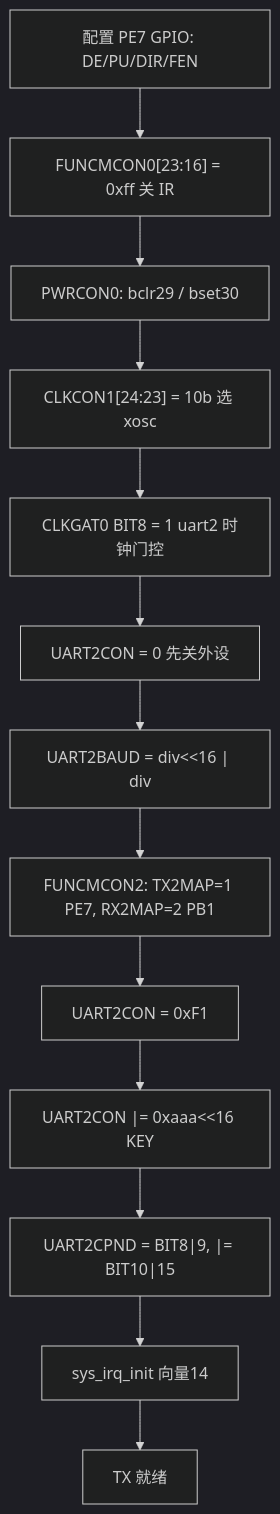
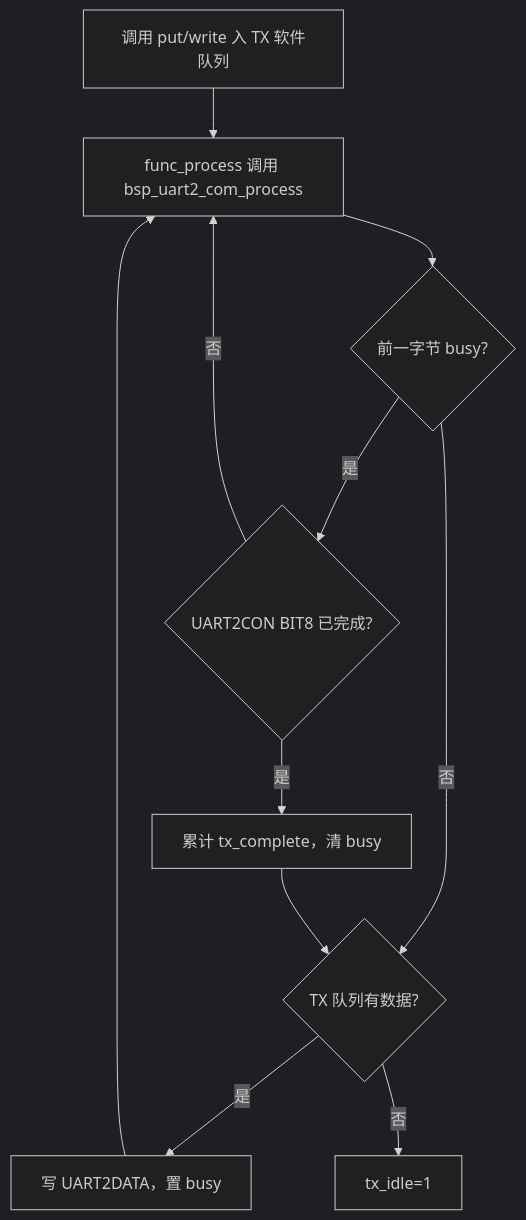
One commit to zglstudylinux/bt8972f changed the diagram in app/docs/peripheral/uart2_tx_bringup.md. Above: the diagram before and after it, drawn with Mermaid (dark theme). The commit also changed other lines of this file and 8 other files, not shown here.

````diff
--- a/app/docs/peripheral/uart2_tx_bringup.md
+++ b/app/docs/peripheral/uart2_tx_bringup.md
@@ -148,15 +117,13 @@
 ```mermaid
 flowchart TD
-    A["配置 PE7 GPIO: DE/PU/DIR/FEN"] --> B["FUNCMCON0[23:16] = 0xff 关 IR"]
-    B --> C["PWRCON0: bclr29 / bset30"]
-    C --> D["CLKCON1[24:23] = 10b 选 xosc"]
-    D --> E["CLKGAT0 BIT8 = 1 uart2 时钟门控"]
-    E --> F["UART2CON = 0 先关外设"]
-    F --> G["UART2BAUD = div&lt;&lt;16 &vert; div"]
-    G --> H["FUNCMCON2: TX2MAP=1 PE7, RX2MAP=2 PB1"]
-    H --> I["UART2CON = 0xF1"]
-    I --> J["UART2CON &vert;= 0xaaa&lt;&lt;16 KEY"]
-    J --> K["UART2CPND = BIT8&vert;9, &vert;= BIT10&vert;15"]
-    K --> L["sys_irq_init 向量14"]
-    L --> M["TX 就绪"]
+    A["调用 put/write 入 TX 软件队列"] --> B["func_process 调用 bsp_uart2_com_process"]
+    B --> C{"前一字节 busy?"}
+    C -- 是 --> D{"UART2CON BIT8 已完成?"}
+    D -- 否 --> B
+    D -- 是 --> E["累计 tx_complete，清 busy"]
+    C -- 否 --> F{"TX 队列有数据?"}
+    E --> F
+    F -- 是 --> G["写 UART2DATA，置 busy"]
+    F -- 否 --> H["tx_idle=1"]
+    G --> B
 ```
````
